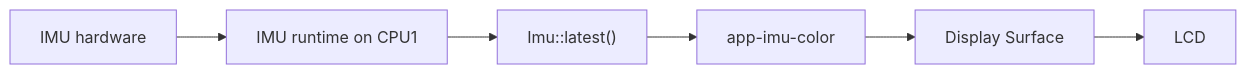
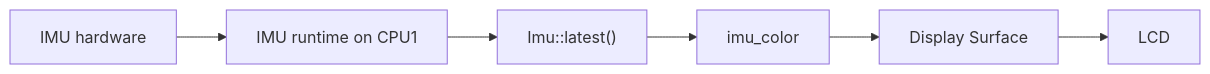
Before and after one commit to wackazong/hackandhike-2026: the seventh of 12 diagrams in README.md, drawn with Mermaid. The commit also changed other lines of this file and 1 other file, not shown here.

````diff
--- a/README.md
+++ b/README.md
@@ -682,8 +616,8 @@
 ```mermaid
 flowchart LR
     Sensor["IMU hardware"] --> Runtime["IMU runtime on CPU1"]
     Runtime --> Latest["Imu::latest()"]
-    Latest --> App["app-imu-color"]
+    Latest --> App["imu_color"]
     App --> Surface["Display Surface"]
     Surface --> LCD["LCD"]
 ```
````
